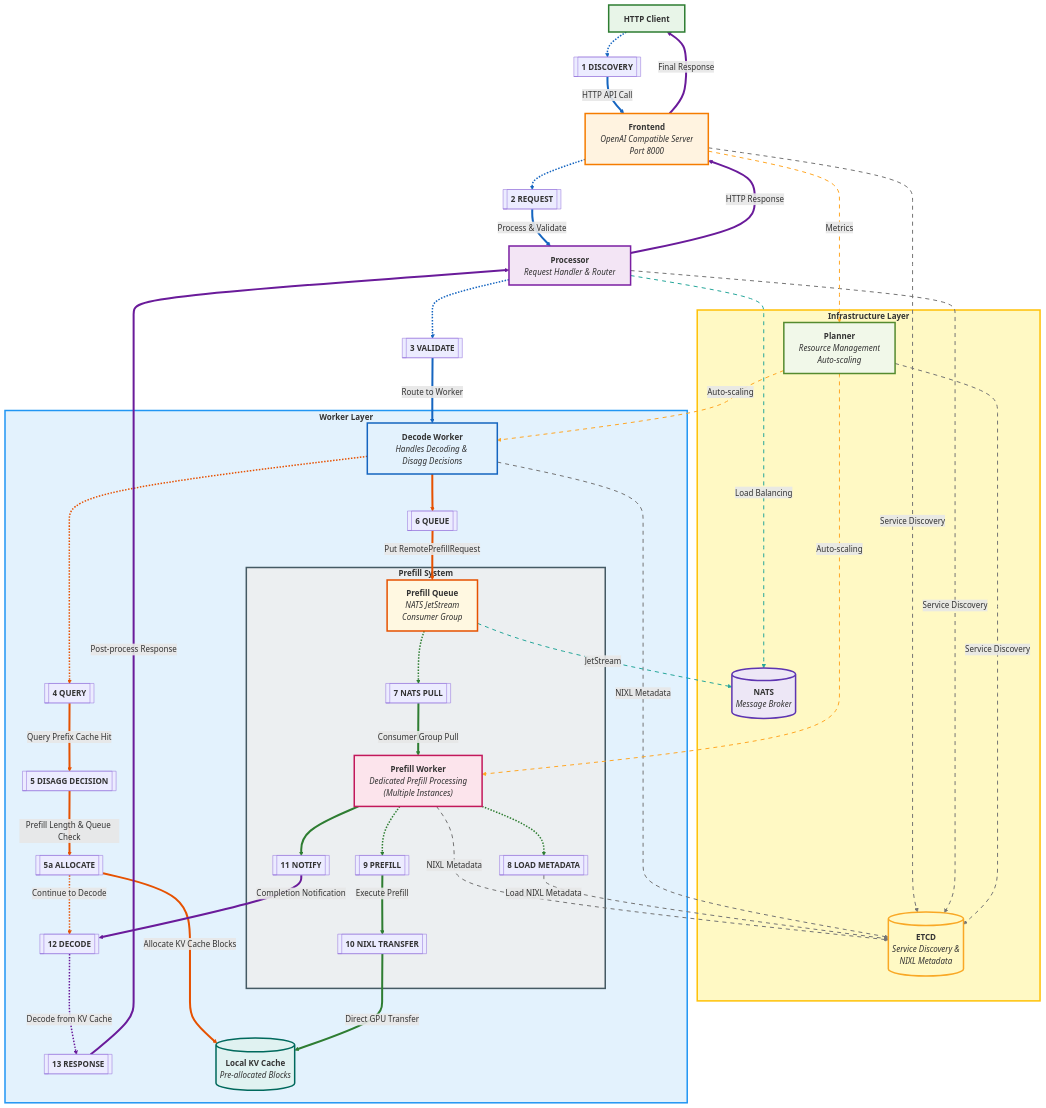
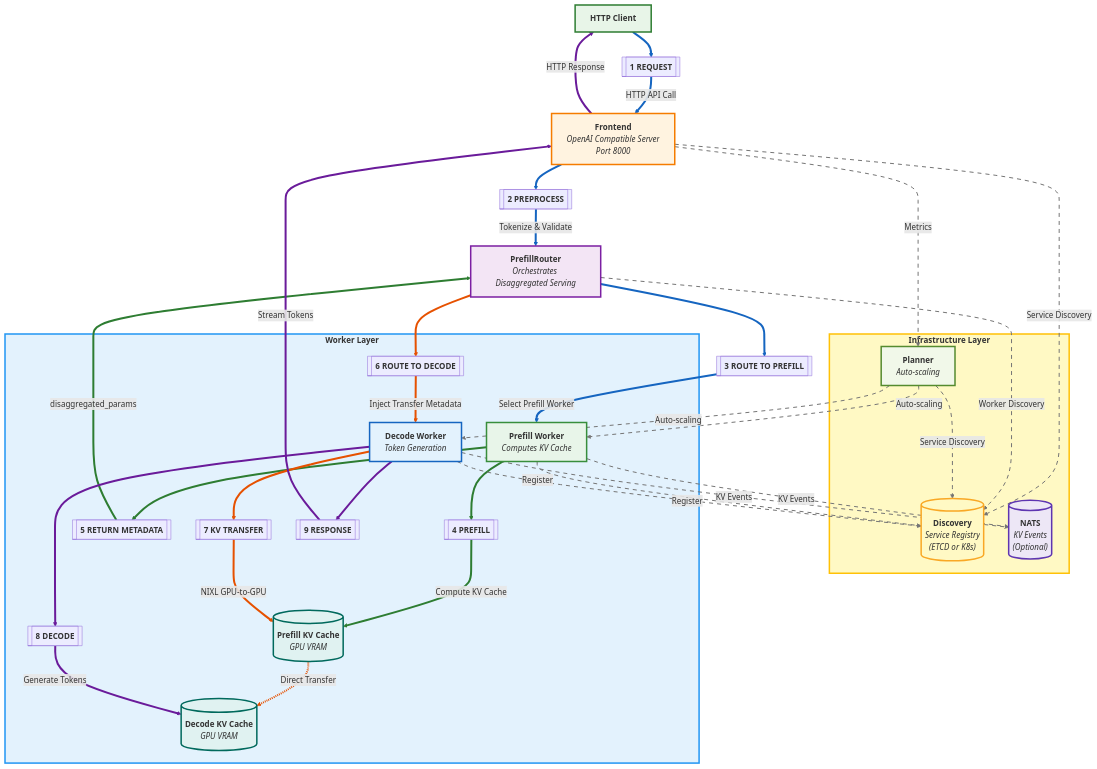
Before and after one commit to ai-dynamo/dynamo: the diagram in fern/pages/design-docs/dynamo-flow.md, drawn with Mermaid. The commit also changed other lines of this file and 163 other files, not shown here.

````diff
--- a/fern/pages/design-docs/dynamo-flow.md
+++ b/fern/pages/design-docs/dynamo-flow.md
@@ -71,183 +84,122 @@
 graph TD
     %% Top Layer - Client & Frontend
     Client["<b>HTTP Client</b>"]
-    S1[["<b>1 DISCOVERY</b>"]]
     Frontend["<b>Frontend</b><br/><i>OpenAI Compatible Server<br/>Port 8000</i>"]
-    S2[["<b>2 REQUEST</b>"]]
+    S1[["<b>1 REQUEST</b>"]]
+    S2[["<b>2 PREPROCESS</b>"]]
 
-    %% Processing Layer
-    Processor["<b>Processor</b><br/><i>Request Handler & Router</i>"]
-    S3[["<b>3 VALIDATE</b>"]]
+    %% Router Layer
+    PrefillRouter["<b>PrefillRouter</b><br/><i>Orchestrates Disaggregated Serving</i>"]
+    S3[["<b>3 ROUTE TO PREFILL</b>"]]
 
-    %% Infrastructure - Positioned strategically to minimize crossings
+    %% Infrastructure
     subgraph INF["<b>Infrastructure Layer</b>"]
-        ETCD[("<b>ETCD</b><br/><i>Service Discovery &<br/>NIXL Metadata</i>")]
-        NATS[("<b>NATS</b><br/><i>Message Broker</i>")]
-        Planner["<b>Planner</b><br/><i>Resource Management<br/>Auto-scaling</i>"]
+        Discovery[("<b>Discovery</b><br/><i>Service Registry<br/>(ETCD or K8s)</i>")]
+        NATS[("<b>NATS</b><br/><i>KV Events<br/>(Optional)</i>")]
+        Planner["<b>Planner</b><br/><i>Auto-scaling</i>"]
     end
 
-    %% Worker Layer - Main processing
+    %% Worker Layer
     subgraph WL["<b>Worker Layer</b>"]
-        %% VllmWorker section
-        VllmWorker["<b>Decode Worker</b><br/><i>Handles Decoding & Disagg Decisions</i>"]
-        S4[["<b>4 QUERY</b>"]]
-        S5[["<b>5 DISAGG DECISION</b>"]]
-        S5a[["<b>5a ALLOCATE</b>"]]
-        S12[["<b>12 DECODE</b>"]]
-        S6[["<b>6 QUEUE</b>"]]
-        S13[["<b>13 RESPONSE</b>"]]
+        %% Prefill Worker
+        PrefillWorker["<b>Prefill Worker</b><br/><i>Computes KV Cache</i>"]
+        S4[["<b>4 PREFILL</b>"]]
+        S5[["<b>5 RETURN METADATA</b>"]]
 
-        %% Storage positioned near workers
-        LocalKVCache[("<b>Local KV Cache</b><br/><i>Pre-allocated Blocks</i>")]
+        %% Decode Worker
+        DecodeWorker["<b>Decode Worker</b><br/><i>Token Generation</i>"]
+        S6[["<b>6 ROUTE TO DECODE</b>"]]
+        S7[["<b>7 KV TRANSFER</b>"]]
+        S8[["<b>8 DECODE</b>"]]
+        S9[["<b>9 RESPONSE</b>"]]
 
-        %% Prefill System - Right side to minimize crossings
-        subgraph PS["<b>Prefill System</b>"]
-            PrefillQueue["<b>Prefill Queue</b><br/><i>NATS JetStream<br/>Consumer Group</i>"]
-            PrefillWorker["<b>Prefill Worker</b><br/><i>Dedicated Prefill Processing<br/>(Multiple Instances)</i>"]
-            S7[["<b>7 NATS PULL</b>"]]
-            S8[["<b>8 LOAD METADATA</b>"]]
-            S9[["<b>9 PREFILL</b>"]]
-            S10[["<b>10 NIXL TRANSFER</b>"]]
-            S11[["<b>11 NOTIFY</b>"]]
-        end
+        %% KV Cache
+        PrefillKVCache[("<b>Prefill KV Cache</b><br/><i>GPU VRAM</i>")]
+        DecodeKVCache[("<b>Decode KV Cache</b><br/><i>GPU VRAM</i>")]
     end
 
-    %% Main Request Flow (Blue) - Clean vertical flow
-    Client -.-> S1
+    %% Main Request Flow (Blue)
+    Client --> S1
     S1 -->|HTTP API Call| Frontend
-    Frontend -.-> S2
-    S2 -->|Process & Validate| Processor
-    Processor -.-> S3
-    S3 -->|Route to Worker| VllmWorker
+    Frontend --> S2
+    S2 -->|Tokenize & Validate| PrefillRouter
+    PrefillRouter --> S3
+    S3 -->|Select Prefill Worker| PrefillWorker
 
-    %% VllmWorker Internal Flow (Orange)
-    VllmWorker -.-> S4
-    S4 -->|Query Prefix Cache Hit| S5
-    S5 -->|Prefill Length & Queue Check| S5a
-    S5a -->|Continue to Decode| S12
+    %% Prefill Flow (Green)
+    PrefillWorker --> S4
+    S4 -->|Compute KV Cache| PrefillKVCache
+    PrefillWorker --> S5
+    S5 -->|disaggregated_params| PrefillRouter
 
-    %% Allocation & Queuing (Orange) - Minimize crossings
-    S5a -->|Allocate KV Cache Blocks| LocalKVCache
-    VllmWorker --> S6
-    S6 -->|Put RemotePrefillRequest| PrefillQueue
+    %% Decode Routing Flow (Orange)
+    PrefillRouter --> S6
+    S6 -->|Inject Transfer Metadata| DecodeWorker
+    DecodeWorker --> S7
+    S7 -->|NIXL GPU-to-GPU| PrefillKVCache
+    PrefillKVCache -.->|Direct Transfer| DecodeKVCache
 
-    %% Prefill Worker Flow (Green) - Self-contained within PS
-    PrefillQueue -.-> S7
-    S7 -->|Consumer Group Pull| PrefillWorker
-    PrefillWorker -.-> S8
-    PrefillWorker -.-> S9
-    S9 -->|Execute Prefill| S10
-    S10 -->|Direct GPU Transfer| LocalKVCache
-    PrefillWorker --> S11
+    %% Completion Flow (Purple)
+    DecodeWorker --> S8
+    S8 -->|Generate Tokens| DecodeKVCache
+    DecodeWorker --> S9
+    S9 -->|Stream Tokens| Frontend
+    Frontend -->|HTTP Response| Client
 
-    %% Return Flow (Purple) - Clean return path
-    S11 -->|Completion Notification| S12
-    S12 -->|Decode from KV Cache| S13
-    S13 -->|Post-process Response| Processor
-    Processor -->|HTTP Response| Frontend
-    Frontend -->|Final Response| Client
+    %% Infrastructure Connections
+    Frontend -.->|Service Discovery| Discovery
+    PrefillRouter -.->|Worker Discovery| Discovery
+    PrefillWorker -.->|Register| Discovery
+    DecodeWorker -.->|Register| Discovery
+    Planner -.->|Service Discovery| Discovery
 
-    %% Infrastructure Connections - Organized to avoid crossings
-    %% ETCD Connections - Grouped by proximity
-    Frontend -.->|Service Discovery| ETCD
-    Processor -.->|Service Discovery| ETCD
-    VllmWorker -.->|NIXL Metadata| ETCD
-    PrefillWorker -.->|NIXL Metadata| ETCD
-    S8 -.->|Load NIXL Metadata| ETCD
-    Planner -.->|Service Discovery| ETCD
+    %% NATS for KV events (optional)
+    PrefillWorker -.->|KV Events| NATS
+    DecodeWorker -.->|KV Events| NATS
 
-    %% NATS Connections - Direct to queue system
-    PrefillQueue -.->|JetStream| NATS
-    Processor -.->|Load Balancing| NATS
+    %% Planning Connections
+    Frontend -.->|Metrics| Planner
+    Planner -.->|Auto-scaling| PrefillWorker
+    Planner -.->|Auto-scaling| DecodeWorker
 
-    %% Planning Connections - Strategic positioning
-    Frontend -.->|Metrics| Planner
-    Planner -.->|Auto-scaling| VllmWorker
-    Planner -.->|Auto-scaling| PrefillWorker
-
-    %% Styling - Each component with unique colors
+    %% Styling
     classDef client fill:#e8f5e8,stroke:#2E7D32,stroke-width:3px
     classDef frontend fill:#fff3e0,stroke:#F57C00,stroke-width:3px
-    classDef processor fill:#f3e5f5,stroke:#7B1FA2,stroke-width:3px
+    classDef router fill:#f3e5f5,stroke:#7B1FA2,stroke-width:3px
     classDef worker fill:#e3f2fd,stroke:#1565C0,stroke-width:3px
-    classDef prefillQueue fill:#fff8e1,stroke:#E65100,stroke-width:3px
-    classDef prefillWorker fill:#fce4ec,stroke:#C2185B,stroke-width:3px
-    classDef prefillBox fill:#eceff1,stroke:#455A64,stroke-width:3px
+    classDef prefillWorker fill:#e8f5e9,stroke:#388E3C,stroke-width:3px
     classDef planner fill:#f1f8e9,stroke:#558B2F,stroke-width:3px
     classDef storage fill:#e0f2f1,stroke:#00695C,stroke-width:3px
-    classDef etcd fill:#fff9c4,stroke:#F9A825,stroke-width:3px
+    classDef discovery fill:#fff9c4,stroke:#F9A825,stroke-width:3px
     classDef nats fill:#ede7f6,stroke:#5E35B1,stroke-width:3px
     classDef infraLayer fill:#fff9c4,stroke:#FFC107,stroke-width:3px
     classDef workerLayer fill:#e3f2fd,stroke:#2196F3,stroke-width:3px
 
-
     class Client client
     class Frontend frontend
-    class Processor processor
-    class VllmWorker worker
-    class PrefillQueue prefillQueue
+    class PrefillRouter router
+    class DecodeWorker worker
     class PrefillWorker prefillWorker
     class Planner planner
-    class LocalKVCache storage
-    class ETCD etcd
+    class PrefillKVCache,DecodeKVCache storage
+    class Discovery discovery
     class NATS nats
-    class PS prefillBox
     class INF infraLayer
     class WL workerLayer
 
+    %% Flow Colors
+    %% Main Request Flow - Blue
+    linkStyle 0,1,2,3,4,5 stroke:#1565C0,stroke-width:4px
 
+    %% Prefill Flow - Green
+    linkStyle 6,7,8,9 stroke:#2E7D32,stroke-width:4px
 
-    %% Flow Colors - Different line styles to reduce visual clutter
-    %% Main Request Flow - Blue (solid)
-    linkStyle 0 stroke:#1565C0,stroke-width:3px,stroke-dasharray: 3 3
-    linkStyle 1 stroke:#1565C0,stroke-width:4px
-    linkStyle 2 stroke:#1565C0,stroke-width:3px,stroke-dasharray: 3 3
-    linkStyle 3 stroke:#1565C0,stroke-width:4px
-    linkStyle 4 stroke:#1565C0,stroke-width:3px,stroke-dasharray: 3 3
-    linkStyle 5 stroke:#1565C0,stroke-width:4px
+    %% Decode Routing Flow - Orange
+    linkStyle 10,11,12,13,14 stroke:#E65100,stroke-width:4px
 
-    %% Decision & Allocation Flow - Orange (mixed)
-    linkStyle 6 stroke:#E65100,stroke-width:3px,stroke-dasharray: 3 3
-    linkStyle 7 stroke:#E65100,stroke-width:4px
-    linkStyle 8 stroke:#E65100,stroke-width:4px
-    linkStyle 9 stroke:#E65100,stroke-width:3px,stroke-dasharray: 3 3
+    %% Completion Flow - Purple
+    linkStyle 15,16,17,18,19 stroke:#6A1B9A,stroke-width:4px
 
-    %% KV Cache & Queue - Orange (solid)
-    linkStyle 10 stroke:#E65100,stroke-width:4px
-    linkStyle 11 stroke:#E65100,stroke-width:4px
-    linkStyle 12 stroke:#E65100,stroke-width:4px
-
-    %% Prefill Worker Flow - Green (mixed)
-    linkStyle 13 stroke:#2E7D32,stroke-width:3px,stroke-dasharray: 3 3
-    linkStyle 14 stroke:#2E7D32,stroke-width:4px
-    linkStyle 15 stroke:#2E7D32,stroke-width:3px,stroke-dasharray: 3 3
-    linkStyle 16 stroke:#2E7D32,stroke-width:3px,stroke-dasharray: 3 3
-    linkStyle 17 stroke:#2E7D32,stroke-width:4px
-    linkStyle 18 stroke:#2E7D32,stroke-width:4px
-    linkStyle 19 stroke:#2E7D32,stroke-width:4px
-
-    %% Completion Flow - Purple (mixed)
-    linkStyle 20 stroke:#6A1B9A,stroke-width:4px
-    linkStyle 21 stroke:#6A1B9A,stroke-width:3px,stroke-dasharray: 3 3
-    linkStyle 22 stroke:#6A1B9A,stroke-width:4px
-    linkStyle 23 stroke:#6A1B9A,stroke-width:4px
-    linkStyle 24 stroke:#6A1B9A,stroke-width:4px
-
-    %% Infrastructure Flows - Lighter and dotted to reduce visual noise
-    %% ETCD Connections - Gray (dotted, thinner)
-    linkStyle 25 stroke:#757575,stroke-width:2px,stroke-dasharray: 8 8
-    linkStyle 26 stroke:#757575,stroke-width:2px,stroke-dasharray: 8 8
-    linkStyle 27 stroke:#757575,stroke-width:2px,stroke-dasharray: 8 8
-    linkStyle 28 stroke:#757575,stroke-width:2px,stroke-dasharray: 8 8
-    linkStyle 29 stroke:#757575,stroke-width:2px,stroke-dasharray: 8 8
-    linkStyle 30 stroke:#757575,stroke-width:2px,stroke-dasharray: 8 8
-
-    %% NATS Connections - Teal (dotted, thinner)
-    linkStyle 31 stroke:#26A69A,stroke-width:2px,stroke-dasharray: 8 8
-    linkStyle 32 stroke:#26A69A,stroke-width:2px,stroke-dasharray: 8 8
-
-    %% Planning Connections - Gold (dotted, thinner)
-    linkStyle 33 stroke:#FFA726,stroke-width:2px,stroke-dasharray: 8 8
-    linkStyle 34 stroke:#FFA726,stroke-width:2px,stroke-dasharray: 8 8
-    linkStyle 35 stroke:#FFA726,stroke-width:2px,stroke-dasharray: 8 8
+    %% Infrastructure - Gray dotted
+    linkStyle 20,21,22,23,24,25,26,27,28,29 stroke:#757575,stroke-width:2px,stroke-dasharray: 8 8
 ```
````
